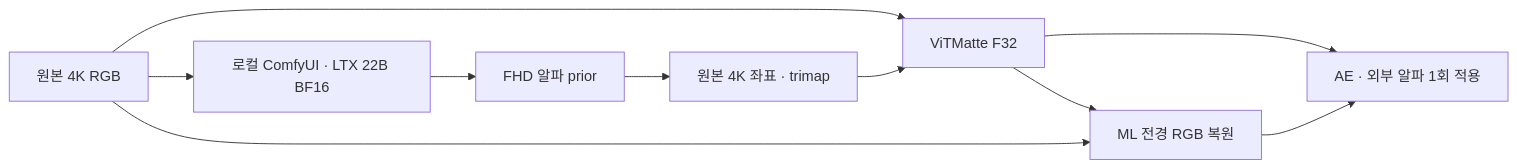
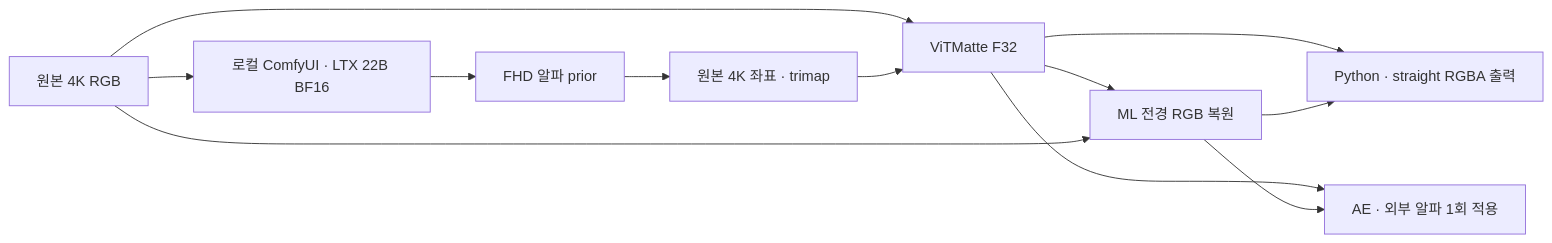
One commit to hyun2xyz/ltx-2.5-roto-workflow changed the diagram in README.md. Above: the diagram before and after it, drawn with Mermaid. The commit also changed other lines of this file and 14 other files, not shown here.

Commit message:
Reuse refinement workers and export straight RGBA without AE

````diff
--- a/README.md
+++ b/README.md
@@ -7,12 +7,14 @@
 ```mermaid
 flowchart LR
     S[원본 4K RGB] --> L[로컬 ComfyUI · LTX 22B BF16]
     L --> A[FHD 알파 prior]
     A --> T[원본 4K 좌표 · trimap]
     S --> V[ViTMatte F32]
     T --> V
     V --> F[ML 전경 RGB 복원]
     S --> F
+    V --> P[Python · straight RGBA 출력]
+    F --> P
     V --> E[AE · 외부 알파 1회 적용]
     F --> E
 ```
````
